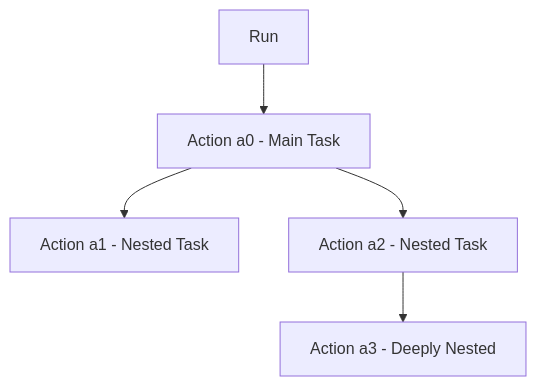
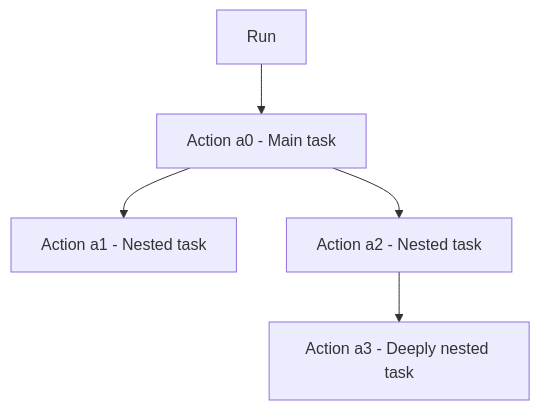
One commit to unionai/unionai-docs changed the diagram in content/user-guide/task-deployment/interacting-with-runs.md. Above: the diagram before and after it, drawn with Mermaid. The commit also changed other lines of this file, not shown here.

````diff
--- a/content/user-guide/task-deployment/interacting-with-runs.md
+++ b/content/user-guide/task-deployment/interacting-with-runs.md
@@ -17,7 +23,7 @@
 ```mermaid
 graph TD
-    A[Run] --> B[Action a0 - Main Task]
-    B --> C[Action a1 - Nested Task]
-    B --> D[Action a2 - Nested Task]
-    D --> E[Action a3 - Deeply Nested]
+    A[Run] --> B[Action a0 - Main task]
+    B --> C[Action a1 - Nested task]
+    B --> D[Action a2 - Nested task]
+    D --> E[Action a3 - Deeply nested task]
 ```
````
